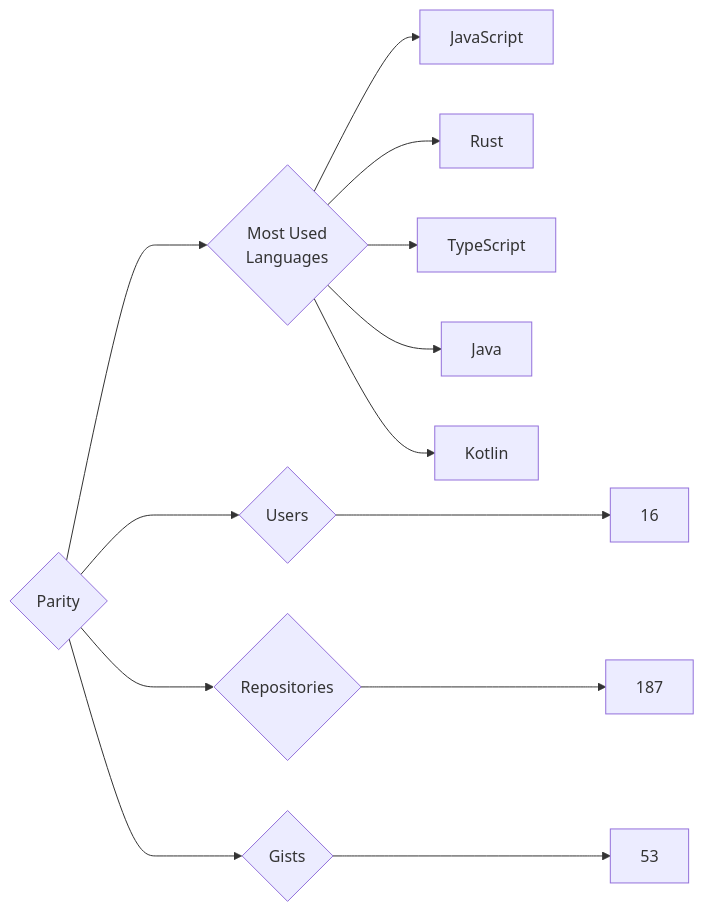
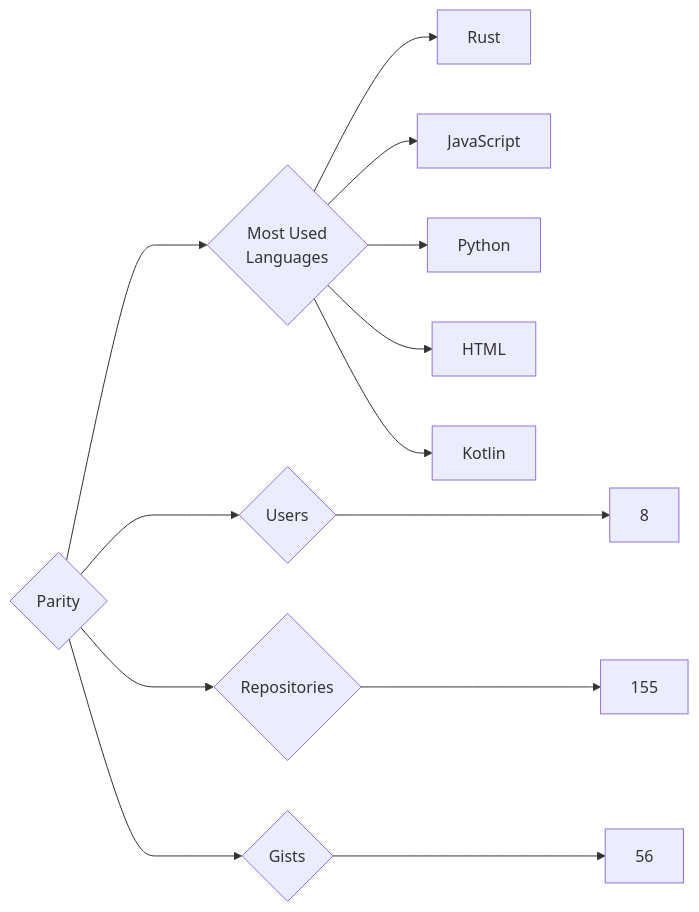
Before and after one commit to trickest/insiders: the diagram in targets/Parity/README.md, drawn with Mermaid. The commit also changed 871 other files, not shown here.

````diff
--- a/targets/Parity/README.md
+++ b/targets/Parity/README.md
@@ -3,13 +3,13 @@
 ```mermaid
 graph LR
 COMPANY_NAME{Parity}
-COMPANY_NAME ---> U{Users} ---> UN[16]
-COMPANY_NAME ---> R{Repositories} ---> RN[187]
-COMPANY_NAME ---> G{Gists} ---> GN[53]
+COMPANY_NAME ---> U{Users} ---> UN[8]
+COMPANY_NAME ---> R{Repositories} ---> RN[155]
+COMPANY_NAME ---> G{Gists} ---> GN[56]
 COMPANY_NAME ---> ML{Most Used<br>Languages}
+ML --> Rust[Rust]
 ML --> JavaScript[JavaScript]
-ML --> Rust[Rust]
-ML --> TypeScript[TypeScript]
-ML --> Java[Java]
+ML --> Python[Python]
+ML --> HTML[HTML]
 ML --> Kotlin[Kotlin]
 ```
````
